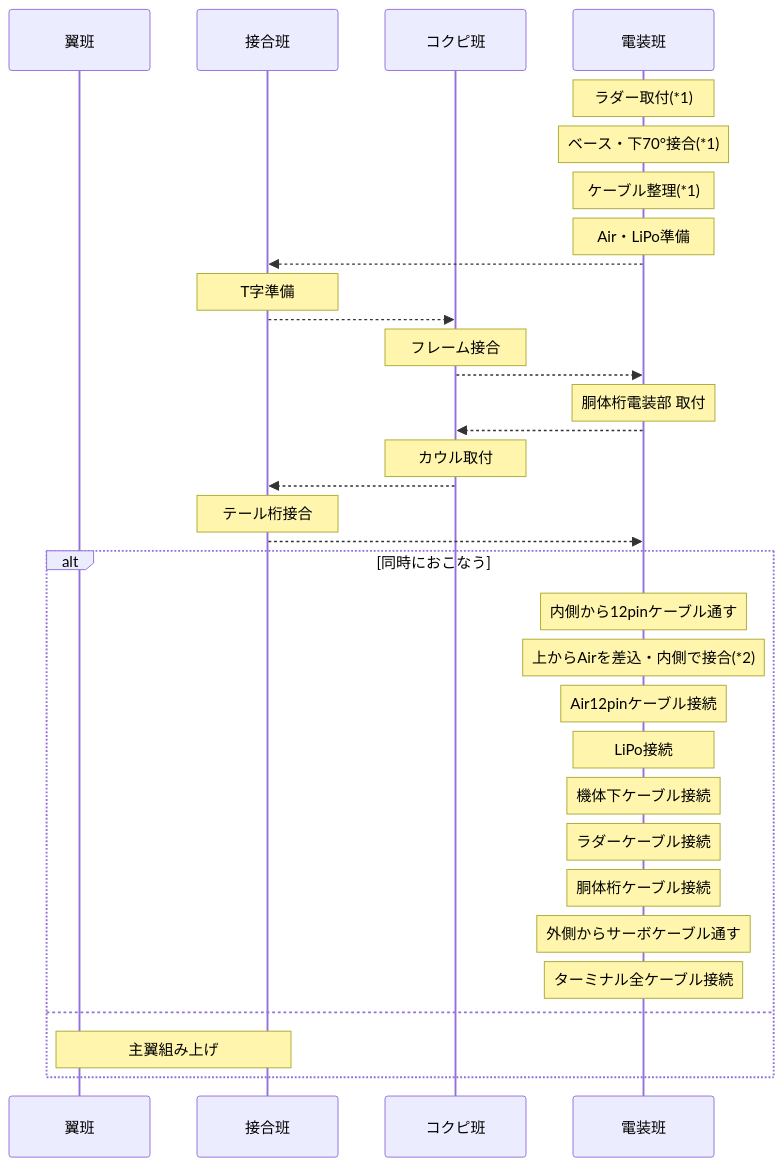
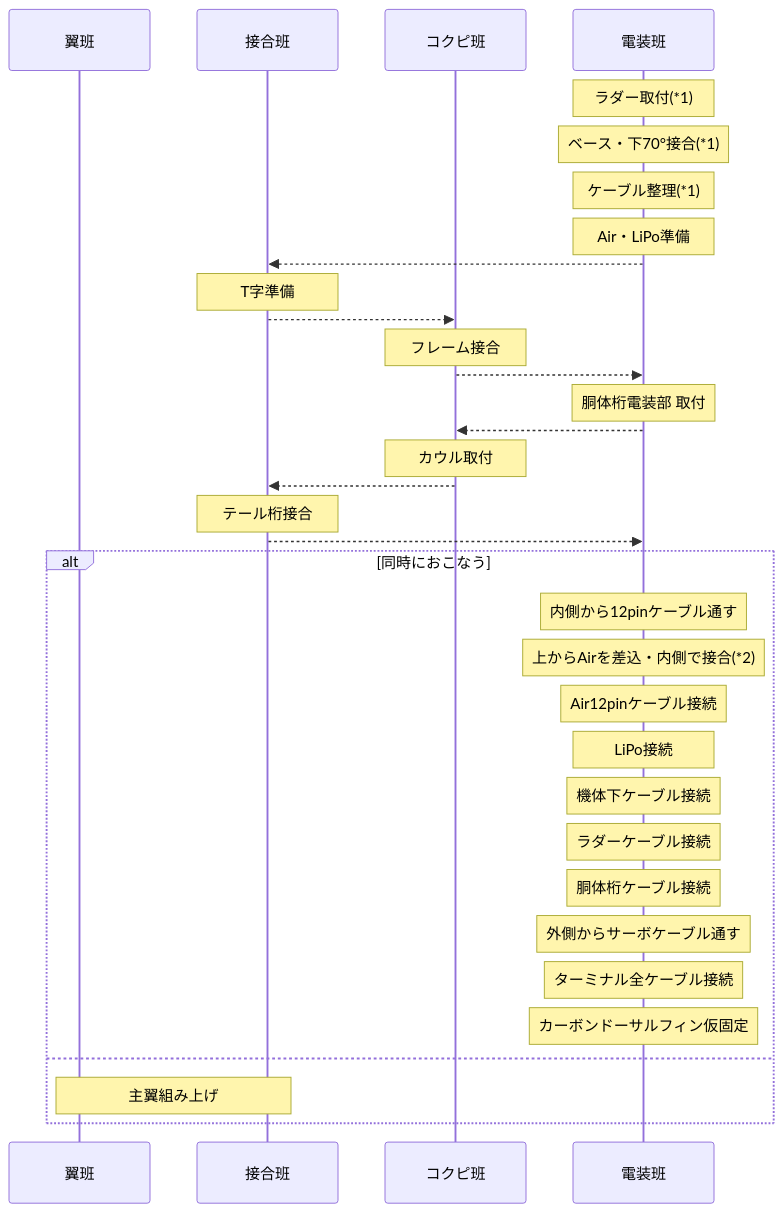
Before and after one commit to torica-org/electronics-blog: the third of 6 diagrams in docs/works/2026-avionics.md, drawn with Mermaid.

Commit message:
Add note for temporary fixing of carbon dorsal fin

```diff
--- a/docs/works/2026-avionics.md
+++ b/docs/works/2026-avionics.md
@@ -163,36 +163,37 @@
 <pre class="mermaid" style="background-color:white;">
 sequenceDiagram
     participant wing as 翼班
     participant assem as 接合班
     participant cockpit as コクピ班
     participant elec as 電装班
 
     Note over elec: ラダー取付(*1)
     Note over elec: ベース・下70°接合(*1)
     Note over elec: ケーブル整理(*1)
     Note over elec: Air・LiPo準備
     elec -->> assem:
     Note over assem: T字準備
     assem -->> cockpit:
     Note over cockpit: フレーム接合
     cockpit -->> elec:
     Note over elec: 胴体桁電装部 取付
     elec -->> cockpit:
     Note over cockpit: カウル取付
     cockpit -->> assem:
     Note over assem: テール桁接合
     assem -->> elec:
     alt 同時におこなう
         Note over elec: 内側から12pinケーブル通す
         Note over elec: 上からAirを差込・内側で接合(*2)
         Note over elec: Air12pinケーブル接続
         Note over elec: LiPo接続
         Note over elec: 機体下ケーブル接続
         Note over elec: ラダーケーブル接続
         Note over elec: 胴体桁ケーブル接続
         Note over elec: 外側からサーボケーブル通す
         Note over elec: ターミナル全ケーブル接続
+        Note over elec: カーボンドーサルフィン仮固定
     else
         Note over wing,assem: 主翼組み上げ
     end
 </pre>
```
